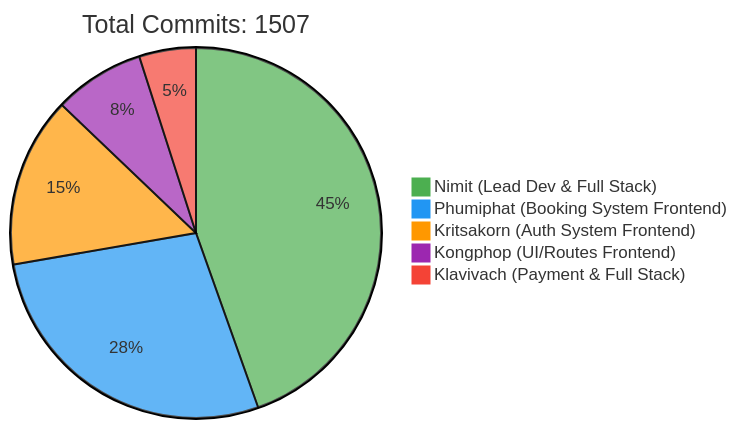
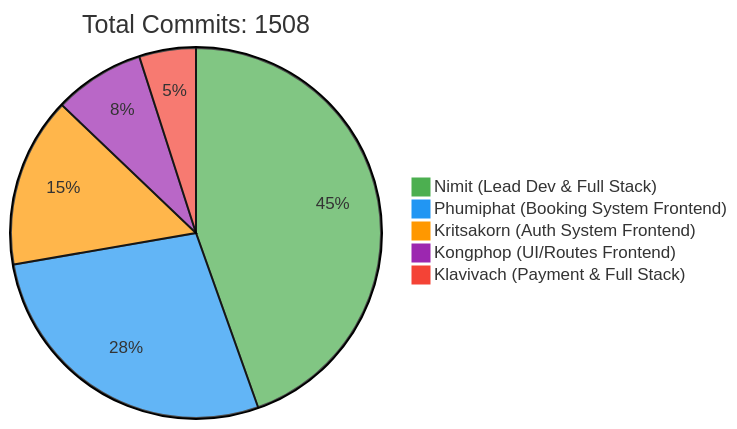
Before and after one commit to 6531503042/Sport-Complex: the first of 2 diagrams in README.md, drawn with Mermaid. The commit also changed other lines of this file, not shown here.

Commit message:
docs: Update contributor statistics [skip ci]

````diff
--- a/README.md
+++ b/README.md
@@ -257,10 +257,10 @@
 ```mermaid
 %%{init: {'theme': 'base', 'themeVariables': { 'pie1': '#4CAF50', 'pie2': '#2196F3', 'pie3': '#FF9800', 'pie4': '#9C27B0', 'pie5': '#F44336'}}}%%
 pie
-    title Total Commits: 1507
+    title Total Commits: 1508
     "Nimit (Lead Dev & Full Stack)" : 450
     "Phumiphat (Booking System Frontend)" : 280
     "Kritsakorn (Auth System Frontend)" : 150
     "Kongphop (UI/Routes Frontend)" : 80
     "Klavivach (Payment & Full Stack)" : 50
 ```
````
